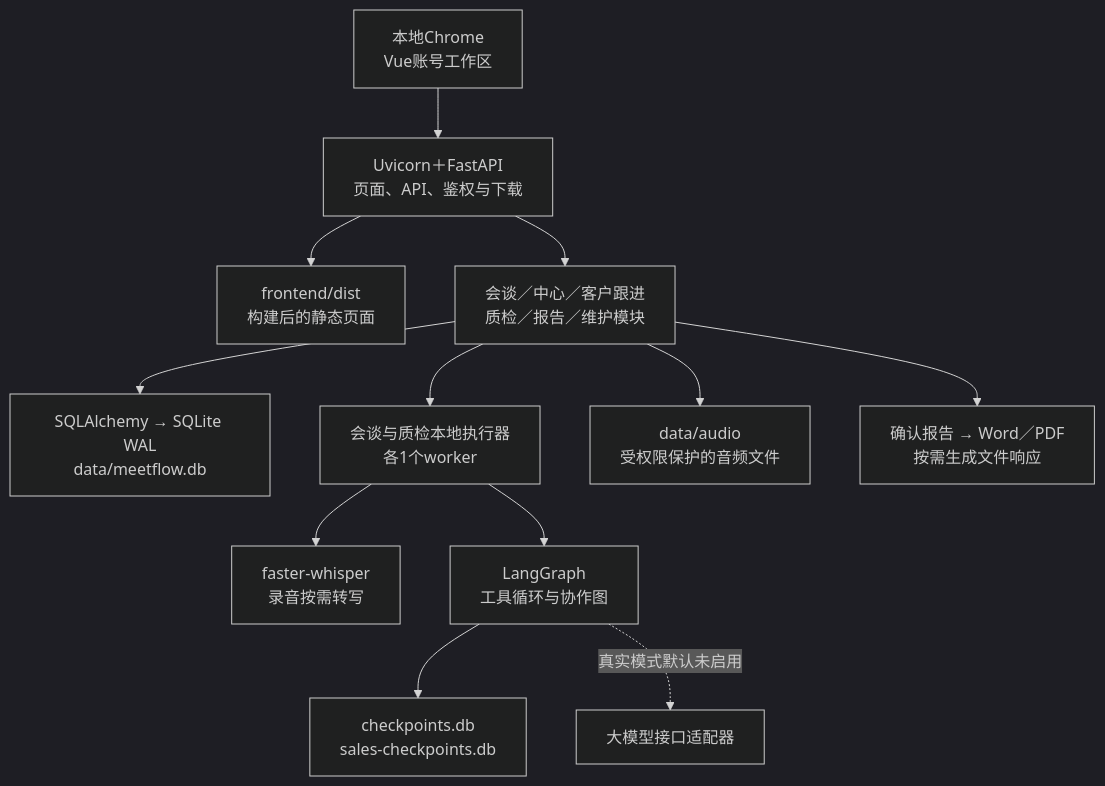
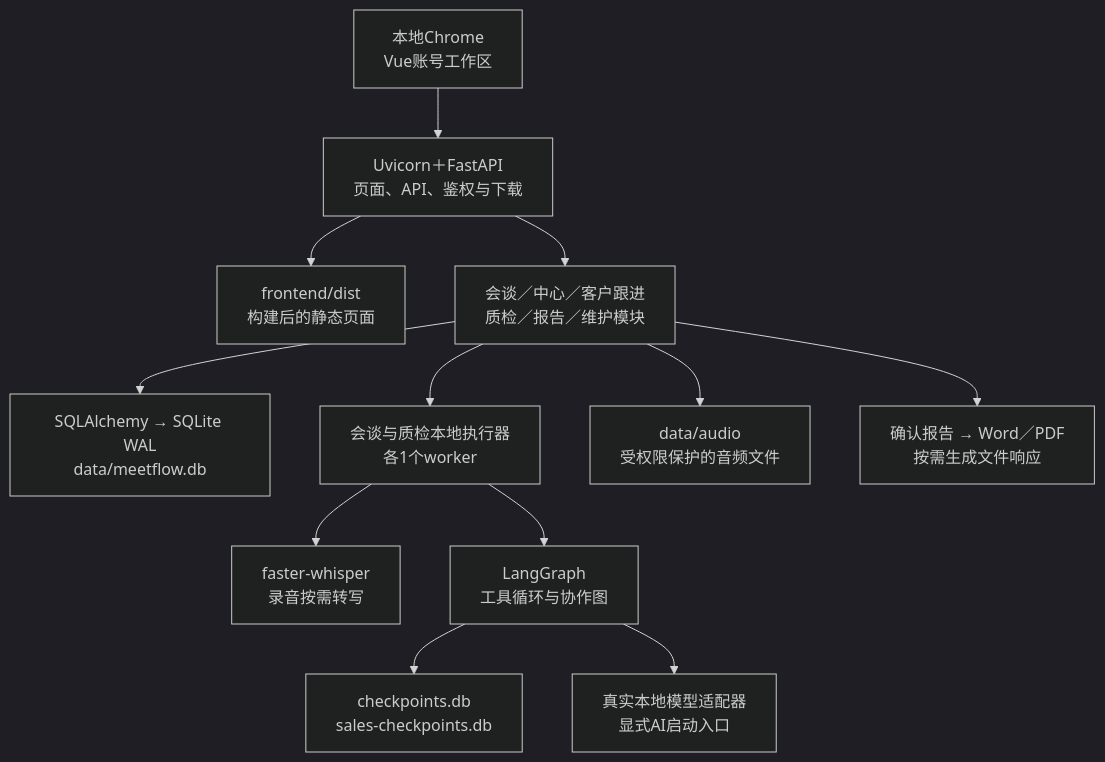
The second of 8 diagrams in README.md (thehappysky/meetflow), drawn with Mermaid (dark theme) before and after one commit. The commit also changed other lines of this file and 37 other files, not shown here.

````diff
--- a/README.md
+++ b/README.md
@@ -39,14 +90,14 @@
 ```mermaid
 flowchart TD
     UI[本地Chrome<br/>Vue账号工作区] --> API[Uvicorn＋FastAPI<br/>页面、API、鉴权与下载]
     API --> WEB[frontend/dist<br/>构建后的静态页面]
     API --> BIZ[会谈／中心／客户跟进<br/>质检／报告／维护模块]
     BIZ --> DB[SQLAlchemy → SQLite WAL<br/>data/meetflow.db]
     BIZ --> JOB[会谈与质检本地执行器<br/>各1个worker]
     BIZ --> AUDIO[data/audio<br/>受权限保护的音频文件]
     BIZ --> EXPORT[确认报告 → Word／PDF<br/>按需生成文件响应]
     JOB --> ASR[faster-whisper<br/>录音按需转写]
     JOB --> GRAPH[LangGraph<br/>工具循环与协作图]
     GRAPH --> CHECK[checkpoints.db<br/>sales-checkpoints.db]
-    GRAPH -.真实模式默认未启用.-> MODEL[大模型接口适配器]
+    GRAPH --> MODEL[真实本地模型适配器<br/>显式AI启动入口]
 ```
````
